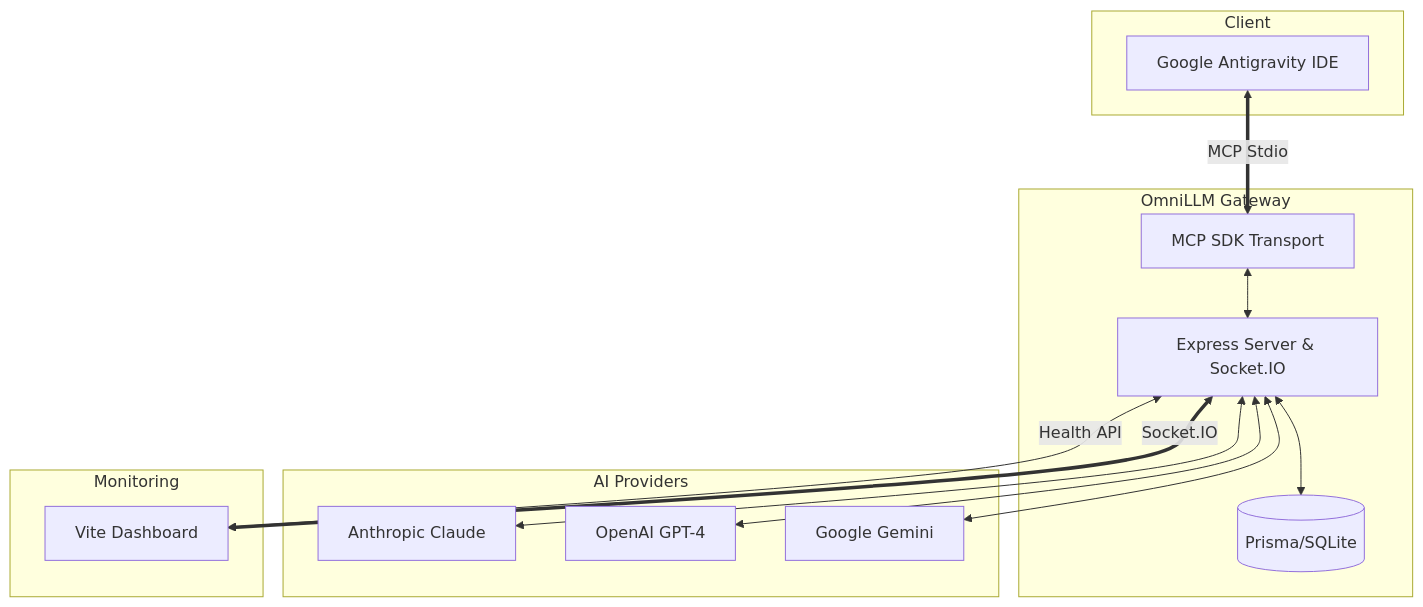
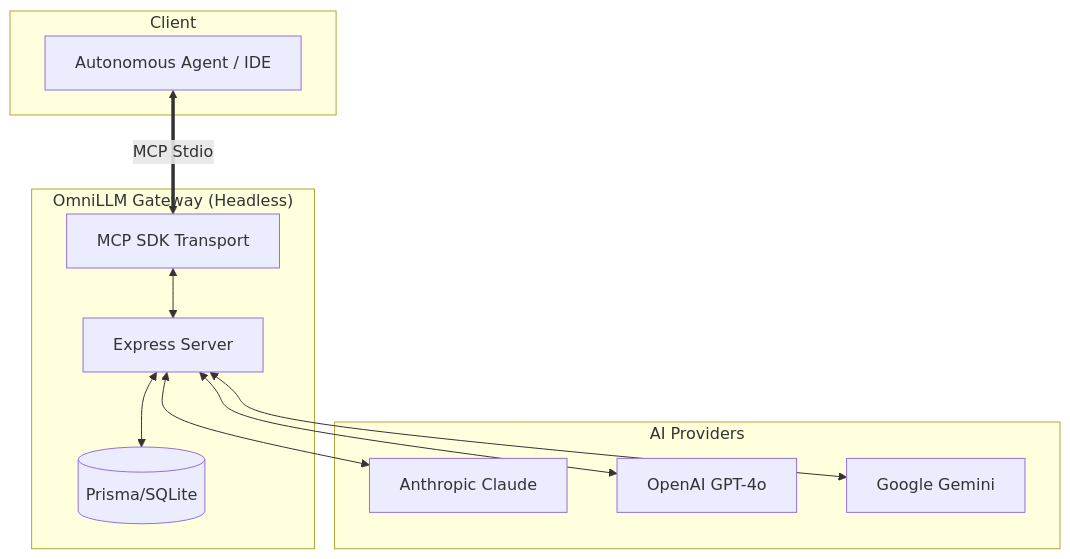
The diagram in README.md (ManiDeep1822/OmniLLM), drawn with Mermaid before and after one commit. The commit also changed other lines of this file and 60 other files, not shown here.

Commit message:
chore: remove dashboard and convert to headless MCP server v1.2.0

````diff
--- a/README.md
+++ b/README.md
@@ -77,31 +67,25 @@
 ```mermaid
 graph TD
     subgraph Client
-        IDE[Google Antigravity IDE]
+        IDE[Autonomous Agent / IDE]
     end
 
-    subgraph "OmniLLM Gateway"
-        Server[Express Server & Socket.IO]
+    subgraph "OmniLLM Gateway (Headless)"
+        Server[Express Server]
         MCP[MCP SDK Transport]
         DB[(Prisma/SQLite)]
     end
 
     subgraph "AI Providers"
         Claude[Anthropic Claude]
-        GPT[OpenAI GPT-4]
+        GPT[OpenAI GPT-4o]
         Gemini[Google Gemini]
-    end
-
-    subgraph Monitoring
-        Dash[Vite Dashboard]
     end
 
     IDE <==>|MCP Stdio| MCP
     MCP <--> Server
     Server <--> DB
     Server <--> Claude
     Server <--> GPT
     Server <--> Gemini
-    Server <==>|Socket.IO| Dash
-    Server <-->|Health API| Dash
 ```
````
